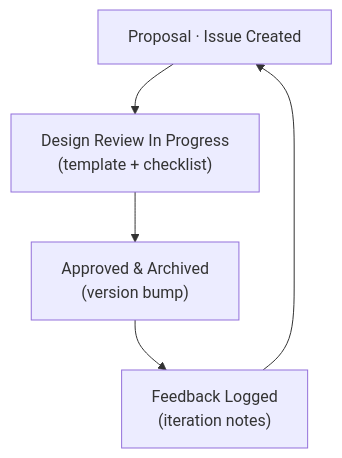
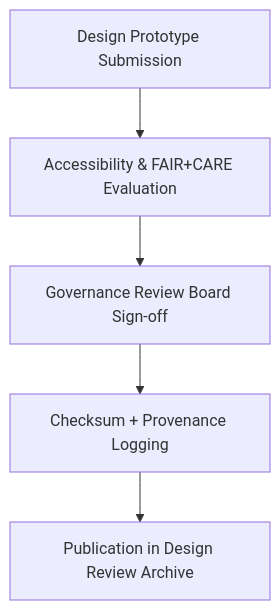
Before and after one commit to bartytime4life/Kansas-Frontier-Matrix: the diagram in docs/design/reviews/README.md, drawn with Mermaid. The commit also changed other lines of this file, not shown here.

First line of the commit message:
Revise README for design review updates and governance

````diff
--- a/docs/design/reviews/README.md
+++ b/docs/design/reviews/README.md
@@ -102,7 +78,7 @@
 ```mermaid
 flowchart TD
-  P["Proposal · Issue Created"] --> D["Design Review In Progress\n(template + checklist)"]
-  D --> A["Approved & Archived\n(version bump)"]
-  A --> F["Feedback Logged\n(iteration notes)"]
-  F --> P
+  A["Design Prototype Submission"] --> B["Accessibility & FAIR+CARE Evaluation"]
+  B --> C["Governance Review Board Sign-off"]
+  C --> D["Checksum + Provenance Logging"]
+  D --> E["Publication in Design Review Archive"]
 ```
````
